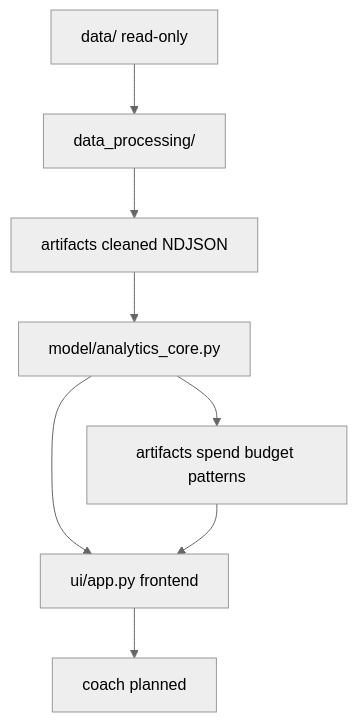
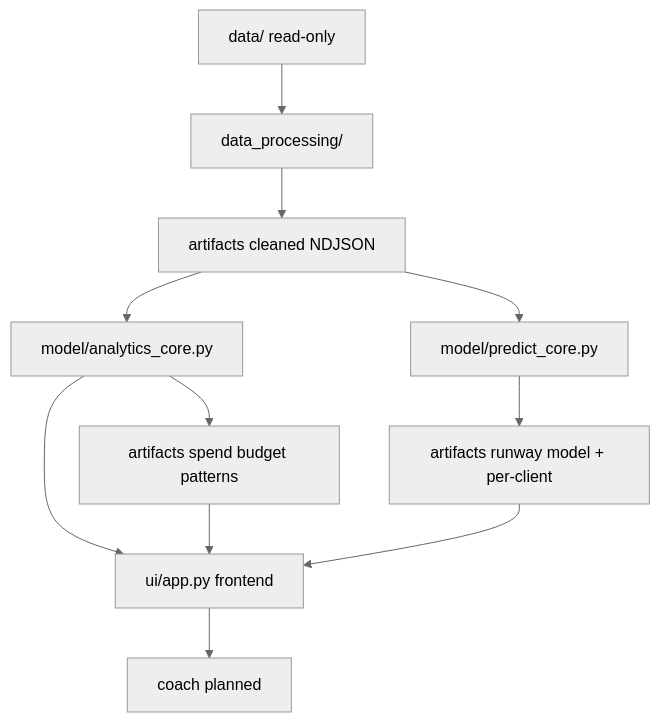
Before and after one commit to nickyphammy/JHU-personal-finance: the diagram in PROJECT_SPEC.md, drawn with Mermaid (neutral theme). The commit also changed other lines of this file and 2 other files, not shown here.

````diff
--- a/PROJECT_SPEC.md
+++ b/PROJECT_SPEC.md
@@ -87,10 +91,13 @@
 ```mermaid
 flowchart TD
   dataDir["data/ read-only"] --> dataProcessing["data_processing/"]
   dataProcessing --> artifactsClean["artifacts cleaned NDJSON"]
   artifactsClean --> analyticsCore["model/analytics_core.py"]
+  artifactsClean --> predictCore["model/predict_core.py"]
   analyticsCore --> artifactsIntel["artifacts spend budget patterns"]
+  predictCore --> artifactsRunway["artifacts runway model + per-client"]
   analyticsCore --> uiLayer["ui/app.py frontend"]
   artifactsIntel --> uiLayer
+  artifactsRunway --> uiLayer
   uiLayer --> futureCoach["coach planned"]
 ```
````
